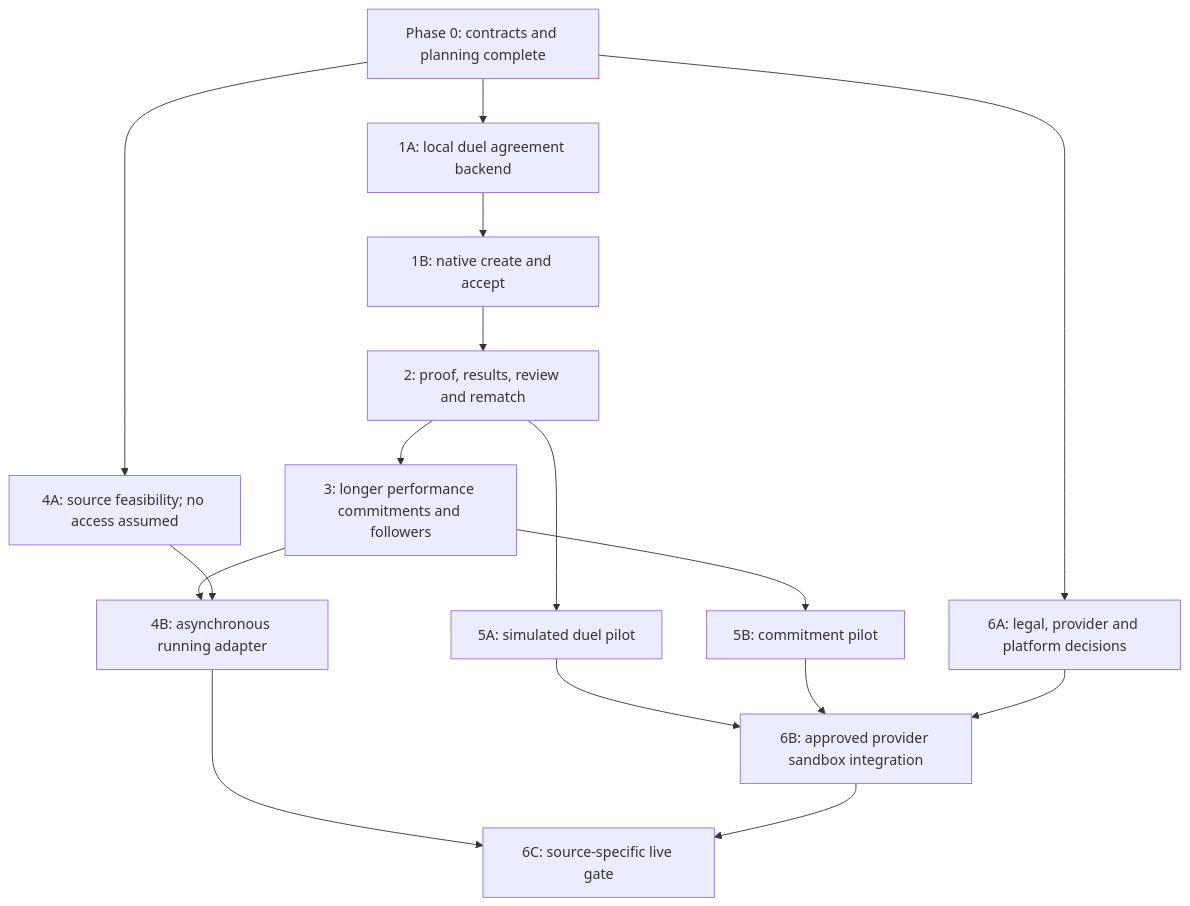
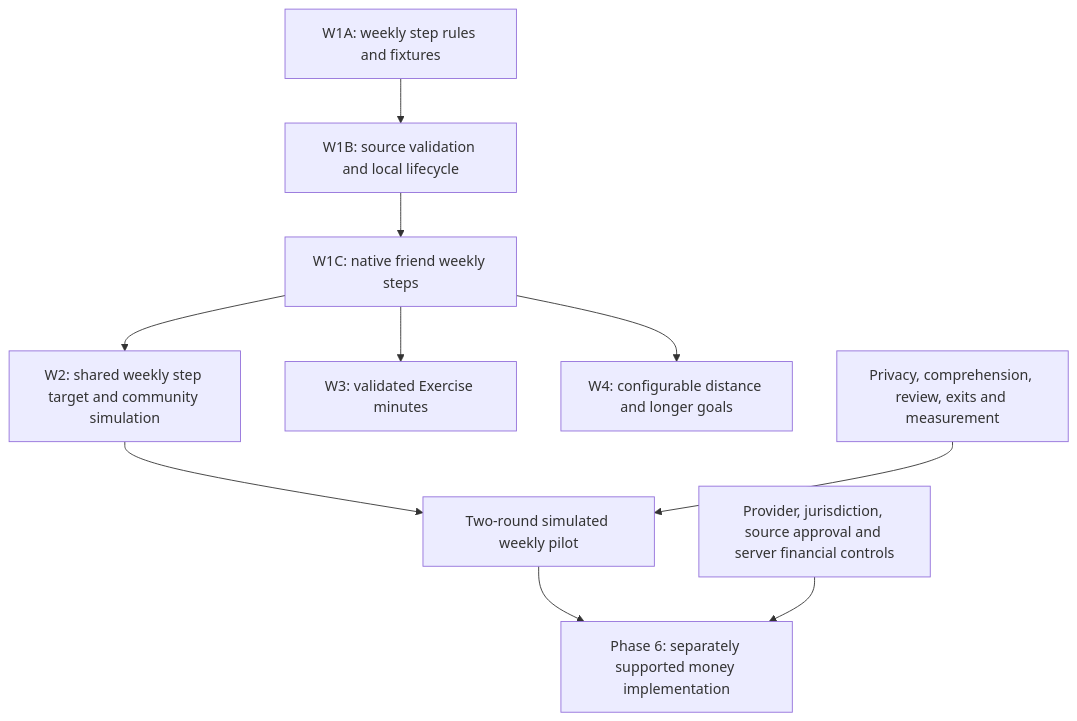
Before and after one commit to m1jenkins/GameTime: the diagram in PLAN.md, drawn with Mermaid. The commit also changed other lines of this file and 186 other files, not shown here.

Commit message:
Implement performance commitments and weekly roadmap

````diff
--- a/PLAN.md
+++ b/PLAN.md
@@ -75,18 +140,12 @@
 ```mermaid
 flowchart TD
-    A["Phase 0: contracts and planning complete"] --> B["1A: local duel agreement backend"]
-    B --> C["1B: native create and accept"]
-    C --> D["2: proof, results, review and rematch"]
-    D --> E["3: longer performance commitments and followers"]
-    D --> F["5A: simulated duel pilot"]
-    E --> G["5B: commitment pilot"]
-    A --> H["4A: source feasibility; no access assumed"]
-    E --> I["4B: asynchronous running adapter"]
-    H --> I
-    A --> J["6A: legal, provider and platform decisions"]
-    F --> K["6B: approved provider sandbox integration"]
-    G --> K
-    J --> K
-    I --> L["6C: source-specific live gate"]
-    K --> L
+    A["W1A: weekly step rules and fixtures"] --> B["W1B: source validation and local lifecycle"]
+    B --> C["W1C: native friend weekly steps"]
+    C --> D["W2: shared weekly step target and community simulation"]
+    D --> E["Two-round simulated weekly pilot"]
+    C --> F["W3: validated Exercise minutes"]
+    C --> G["W4: configurable distance and longer goals"]
+    H["Privacy, comprehension, review, exits and measurement"] --> E
+    E --> I["Phase 6: separately supported money implementation"]
+    J["Provider, jurisdiction, source approval and server financial controls"] --> I
 ```
````
